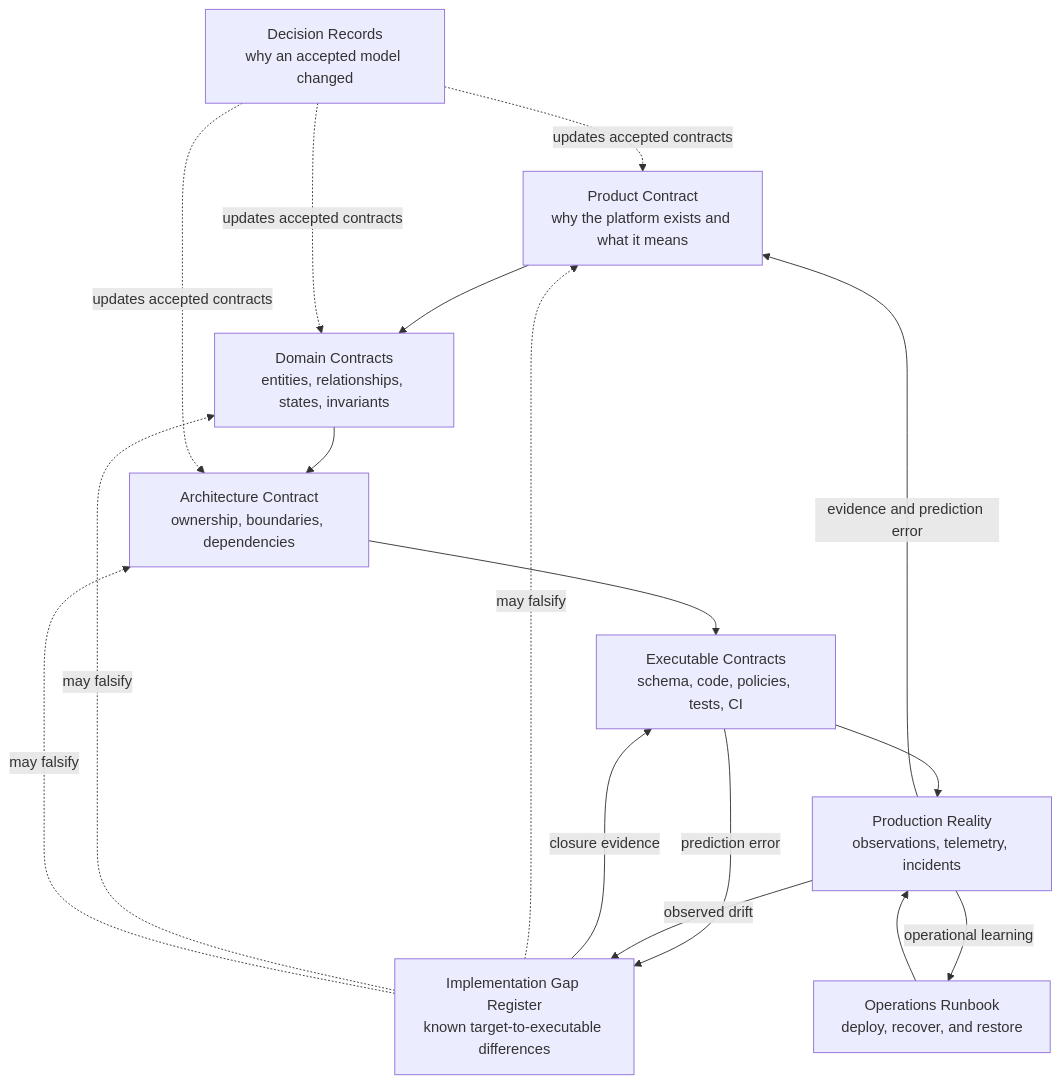
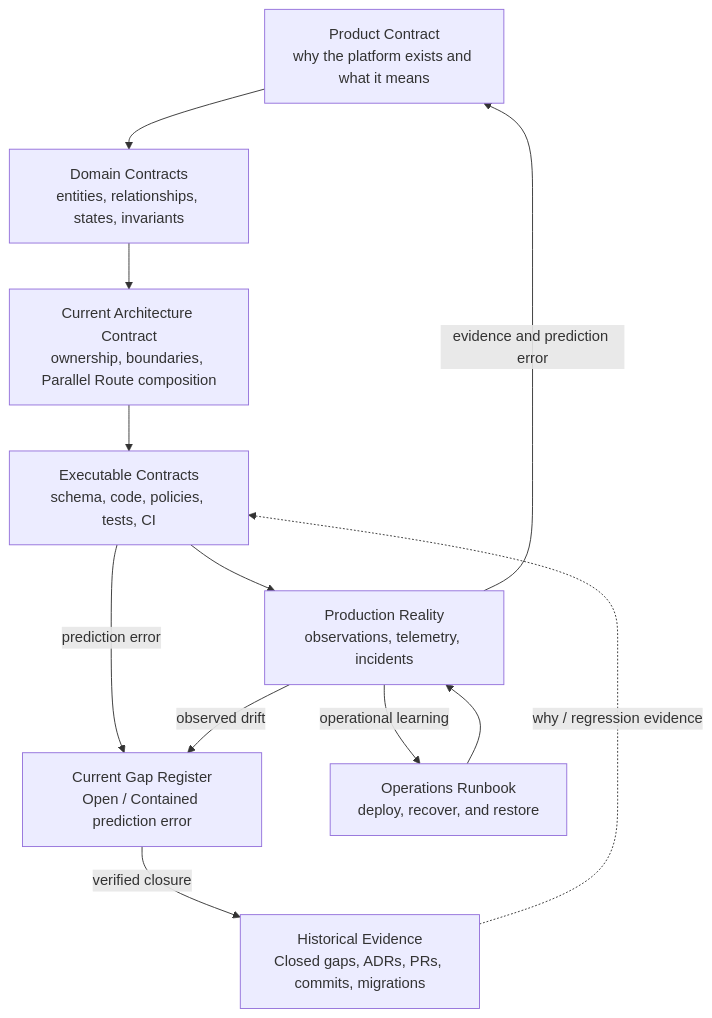
Before and after one commit to 963sup/No-Code-Collaboration-Platform: the diagram in docs/README.md, drawn with Mermaid. The commit also changed other lines of this file and 31 other files, not shown here.

````diff
--- a/docs/README.md
+++ b/docs/README.md
@@ -17,28 +19,23 @@
 ```mermaid
 flowchart TB
   product["Product Contract<br/>why the platform exists and what it means"]
   domain["Domain Contracts<br/>entities, relationships, states, invariants"]
-  architecture["Architecture Contract<br/>ownership, boundaries, dependencies"]
+  architecture["Current Architecture Contract<br/>ownership, boundaries, Parallel Route composition"]
   executable["Executable Contracts<br/>schema, code, policies, tests, CI"]
   production["Production Reality<br/>observations, telemetry, incidents"]
-  gaps["Implementation Gap Register<br/>known target-to-executable differences"]
-  adr["Decision Records<br/>why an accepted model changed"]
+  gaps["Current Gap Register<br/>Open / Contained prediction error"]
+  history["Historical Evidence<br/>Closed gaps, ADRs, PRs, commits, migrations"]
   runbook["Operations Runbook<br/>deploy, recover, and restore"]
 
   product --> domain
   domain --> architecture
   architecture --> executable
   executable --> production
   executable -->|"prediction error"| gaps
   production -->|"observed drift"| gaps
-  gaps -->|"closure evidence"| executable
-  gaps -.->|"may falsify"| product
-  gaps -.->|"may falsify"| domain
-  gaps -.->|"may falsify"| architecture
+  gaps -->|"verified closure"| history
+  history -.->|"why / regression evidence"| executable
   production -->|"evidence and prediction error"| product
-  adr -.->|"updates accepted contracts"| product
-  adr -.->|"updates accepted contracts"| domain
-  adr -.->|"updates accepted contracts"| architecture
   runbook --> production
   production -->|"operational learning"| runbook
 ```
````
